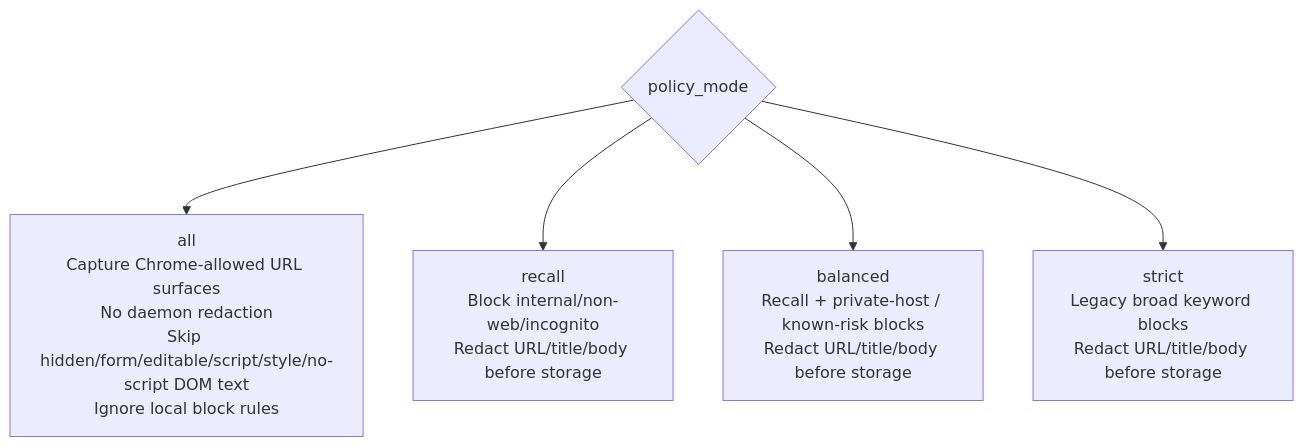
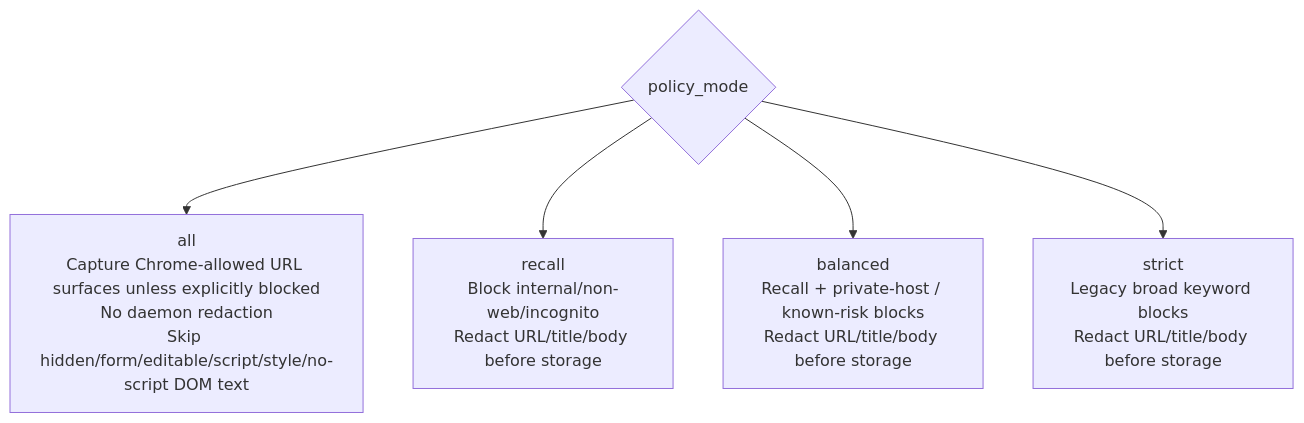
The second of 8 diagrams in docs/DIAGRAMS.md (michaelnicks0/browser-memory-daemon), drawn with Mermaid before and after one commit. The commit also changed 32 other files, not shown here.

Commit message:
fix: apply scoped BMD block rules in all mode

````diff
--- a/docs/DIAGRAMS.md
+++ b/docs/DIAGRAMS.md
@@ -49,8 +49,8 @@
 ```mermaid
 flowchart TD
   Mode{"policy_mode"}
-  Mode --> All["all<br/>Capture Chrome-allowed URL surfaces<br/>No daemon redaction<br/>Skip hidden/form/editable/script/style/no-script DOM text<br/>Ignore local block rules"]
+  Mode --> All["all<br/>Capture Chrome-allowed URL surfaces unless explicitly blocked<br/>No daemon redaction<br/>Skip hidden/form/editable/script/style/no-script DOM text"]
   Mode --> Recall["recall<br/>Block internal/non-web/incognito<br/>Redact URL/title/body before storage"]
   Mode --> Balanced["balanced<br/>Recall + private-host / known-risk blocks<br/>Redact URL/title/body before storage"]
   Mode --> Strict["strict<br/>Legacy broad keyword blocks<br/>Redact URL/title/body before storage"]
 ```
````
